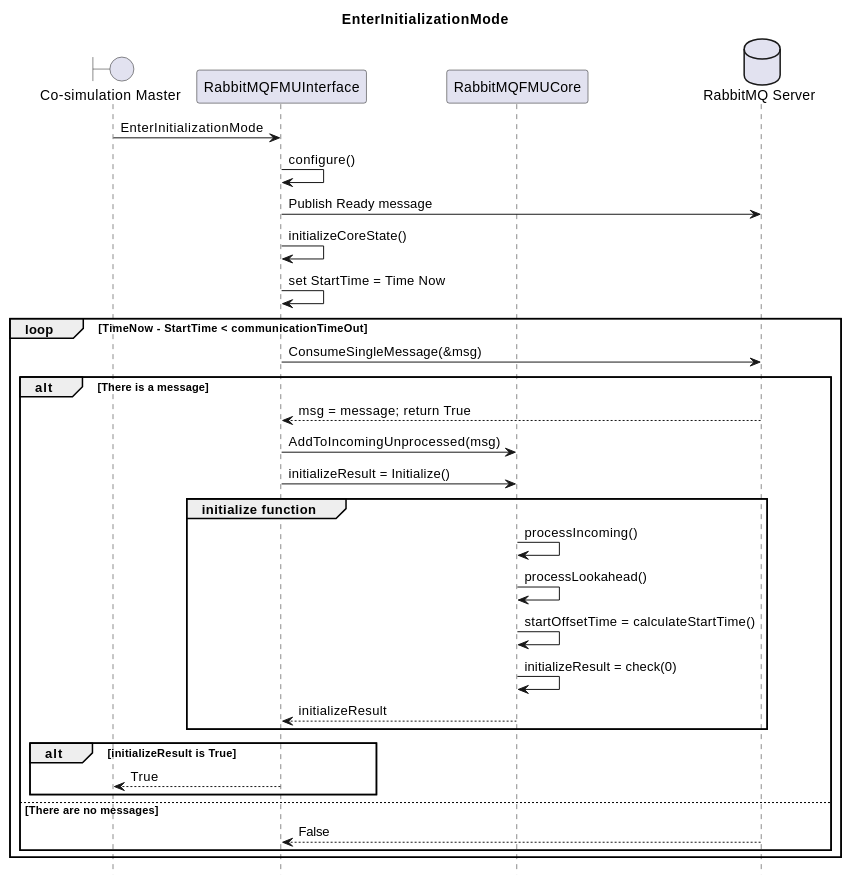
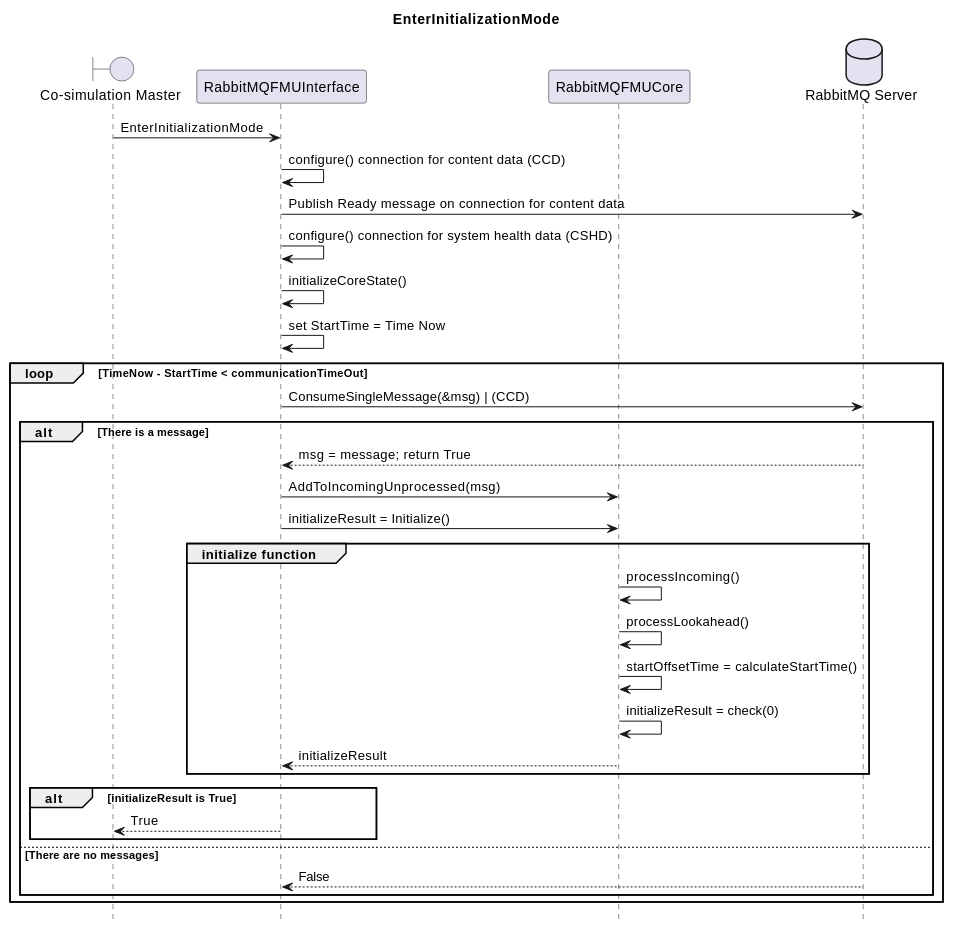
Before and after one commit to INTO-CPS-Association/fmu-rabbitmq: the first of 2 diagrams in docs/data-handling.rst, drawn with PlantUML. The commit also changed other lines of this file, not shown here.

```diff
--- a/docs/data-handling.rst
+++ b/docs/data-handling.rst
@@ -36,36 +36,37 @@
 .. uml::
 
     title EnterInitializationMode
     hide footbox
 
     boundary "Co-simulation Master" as Master
     participant RabbitMQFMUInterface as FMUI
     participant RabbitMQFMUCore as FMUC
     database "RabbitMQ Server" as server
 
 
     Master -> FMUI: EnterInitializationMode
-    FMUI -> FMUI: configure()
-    FMUI -> server: Publish Ready message
+    FMUI -> FMUI: configure() connection for content data (CCD)
+    FMUI -> server: Publish Ready message on connection for content data
+    FMUI -> FMUI: configure() connection for system health data (CSHD)
     FMUI -> FMUI: initializeCoreState()
     FMUI -> FMUI: set StartTime = Time Now
         loop TimeNow - StartTime < communicationTimeOut
-            FMUI -> server: ConsumeSingleMessage(&msg)
+            FMUI -> server: ConsumeSingleMessage(&msg) | (CCD)
             alt There is a message
                 server --> FMUI: msg = message; return True
                 FMUI -> FMUC: AddToIncomingUnprocessed(msg)
                 FMUI -> FMUC: initializeResult = Initialize()
                 group initialize function
                     FMUC -> FMUC: processIncoming()
                     FMUC -> FMUC: processLookahead()
                     FMUC -> FMUC: startOffsetTime = calculateStartTime()
                     FMUC -> FMUC: initializeResult = check(0)
                     FMUC --> FMUI: initializeResult
                 end
                 alt initializeResult is True
                     FMUI --> Master: True
                 end
             else There are no messages
                 server --> FMUI: False
             end
         end
```
